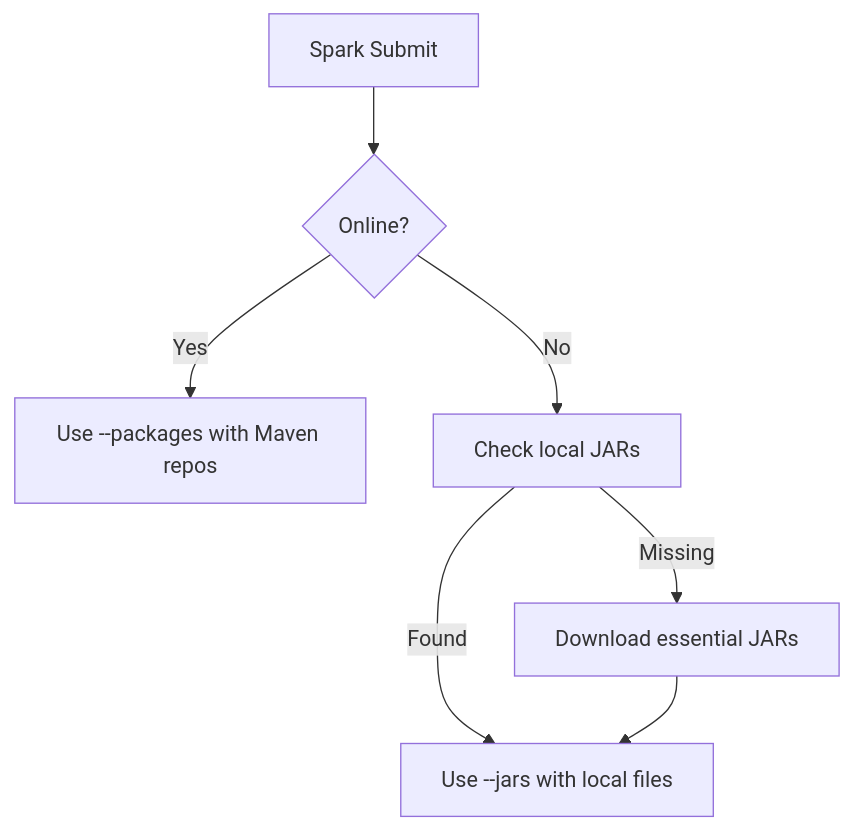
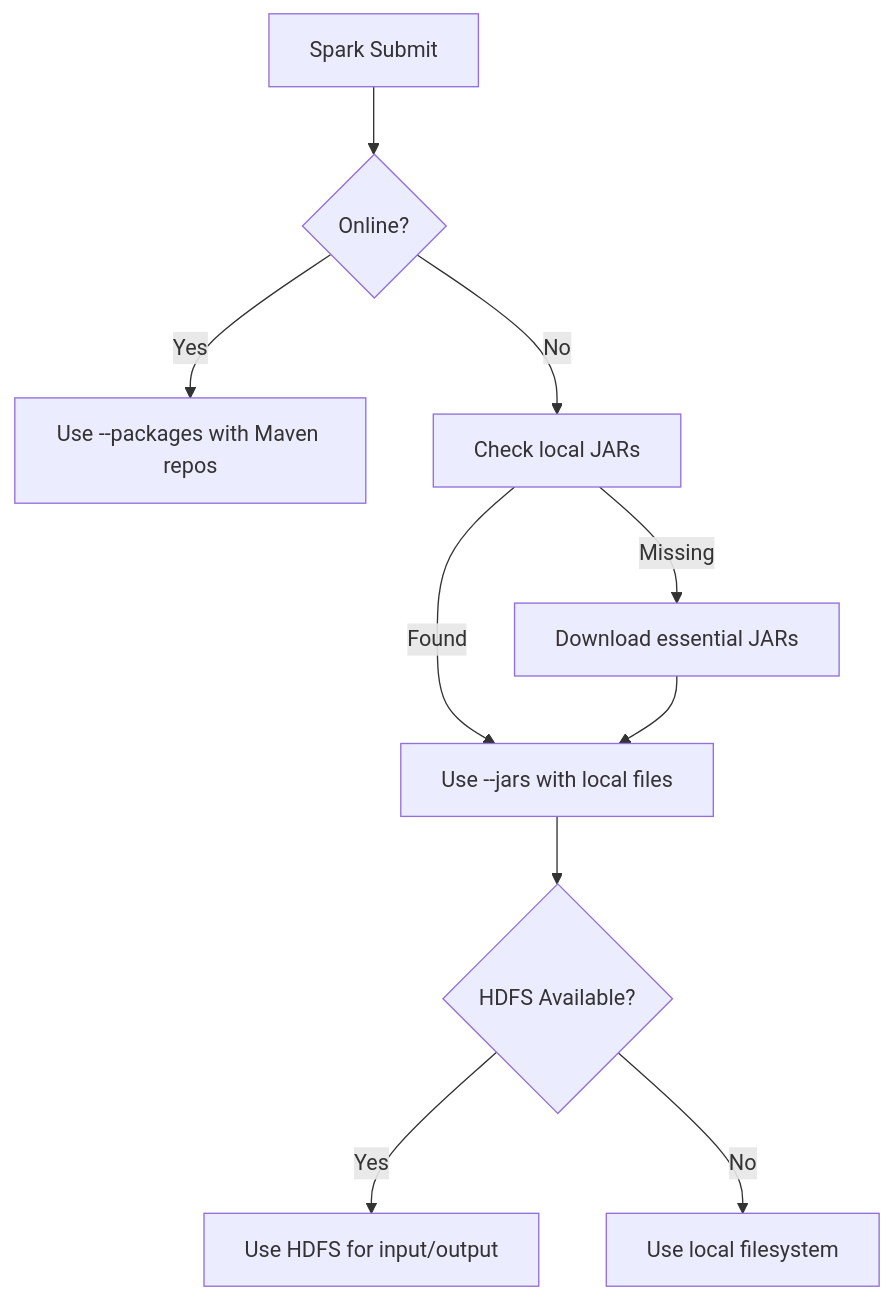
One commit to dheerajchand/zshrc_backups changed the second of 2 diagrams in README.md. Above: the diagram before and after it, drawn with Mermaid. The commit also changed other lines of this file, not shown here.

````diff
--- a/README.md
+++ b/README.md
@@ -132,9 +212,12 @@
 ```mermaid
 graph TD
     A[Spark Submit] --> B{Online?}
     B -->|Yes| C[Use --packages with Maven repos]
     B -->|No| D[Check local JARs]
     D -->|Found| E[Use --jars with local files]
     D -->|Missing| F[Download essential JARs]
     F --> E
+    E --> G{HDFS Available?}
+    G -->|Yes| H[Use HDFS for input/output]
+    G -->|No| I[Use local filesystem]
 ```
````
